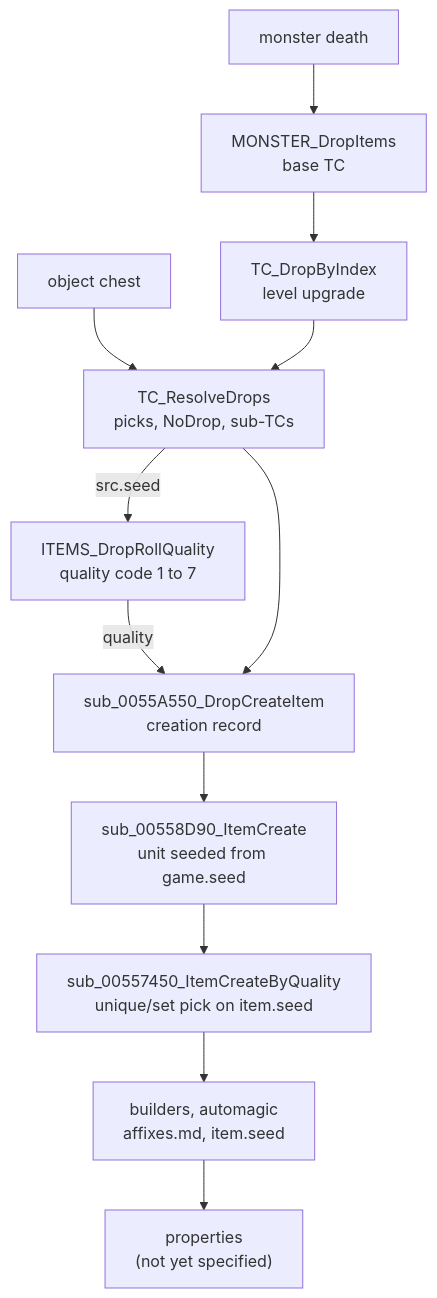
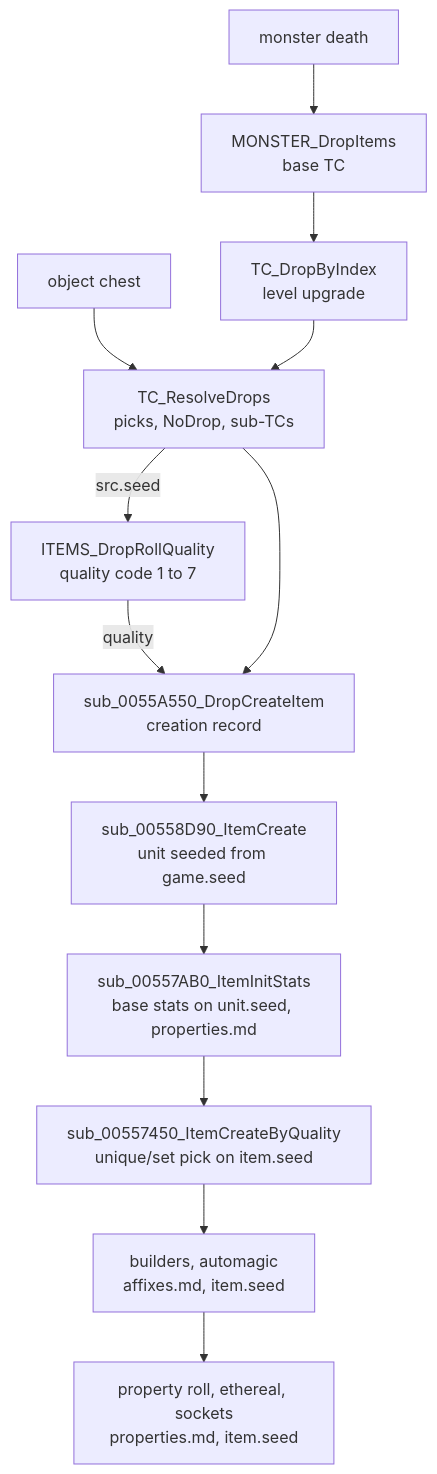
Before and after one commit to IgorKonovalov/diablo-2-recompilation: the diagram in docs/specs/items/README.md, drawn with Mermaid. The commit also changed other lines of this file and 6 other files, not shown here.

````diff
--- a/docs/specs/items/README.md
+++ b/docs/specs/items/README.md
@@ -32,14 +32,15 @@
 ```mermaid
 flowchart TD
   death["monster death"] --> MD["MONSTER_DropItems<br/>base TC"]
   chest["object chest"] --> R
   MD --> UP["TC_DropByIndex<br/>level upgrade"]
   UP --> R["TC_ResolveDrops<br/>picks, NoDrop, sub-TCs"]
   R -->|"src.seed"| Q["ITEMS_DropRollQuality<br/>quality code 1 to 7"]
   Q -->|"quality"| C
   R --> C["sub_0055A550_DropCreateItem<br/>creation record"]
   C --> IC["sub_00558D90_ItemCreate<br/>unit seeded from game.seed"]
-  IC --> US["sub_00557450_ItemCreateByQuality<br/>unique/set pick on item.seed"]
+  IC --> BS["sub_00557AB0_ItemInitStats<br/>base stats on unit.seed, properties.md"]
+  BS --> US["sub_00557450_ItemCreateByQuality<br/>unique/set pick on item.seed"]
   US --> AF["builders, automagic<br/>affixes.md, item.seed"]
-  AF --> later["properties<br/>(not yet specified)"]
+  AF --> PR["property roll, ethereal, sockets<br/>properties.md, item.seed"]
 ```
````
